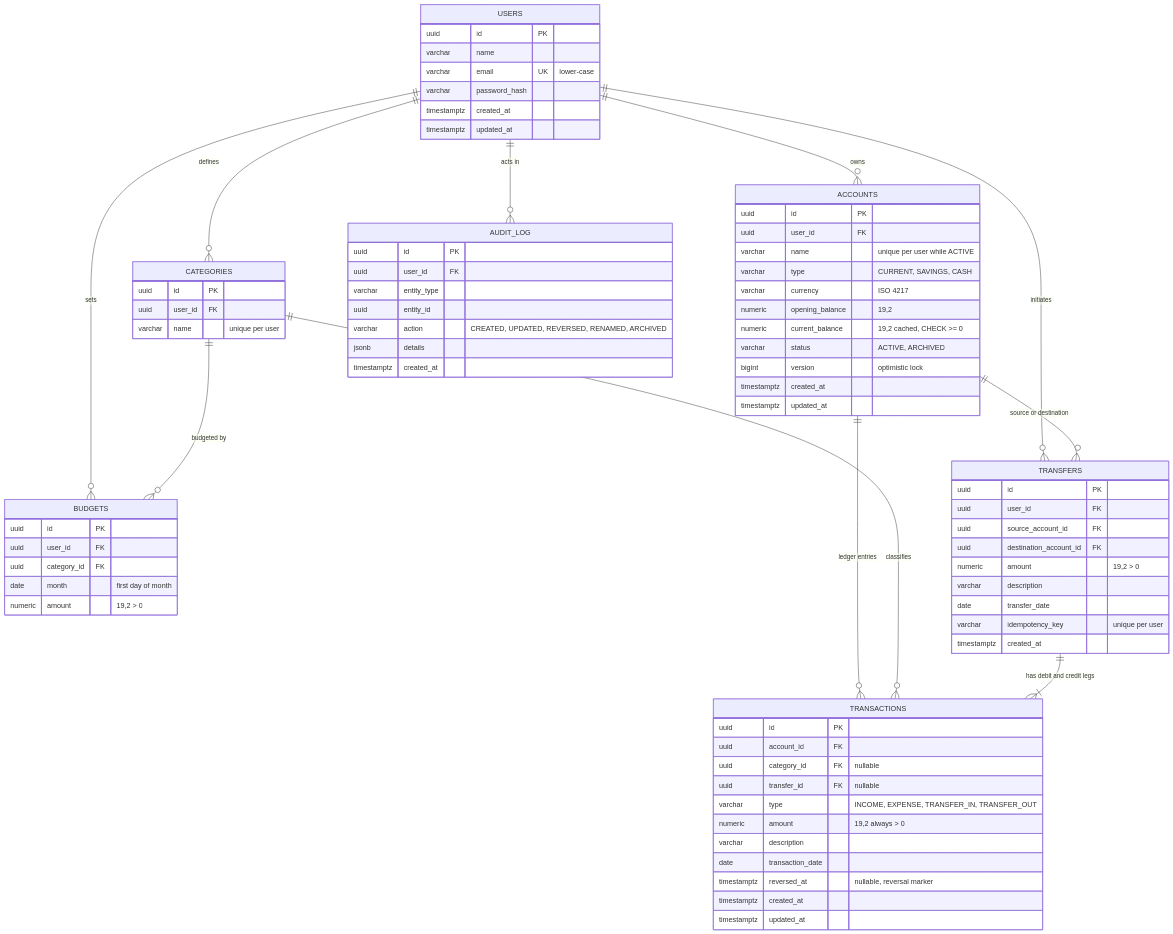
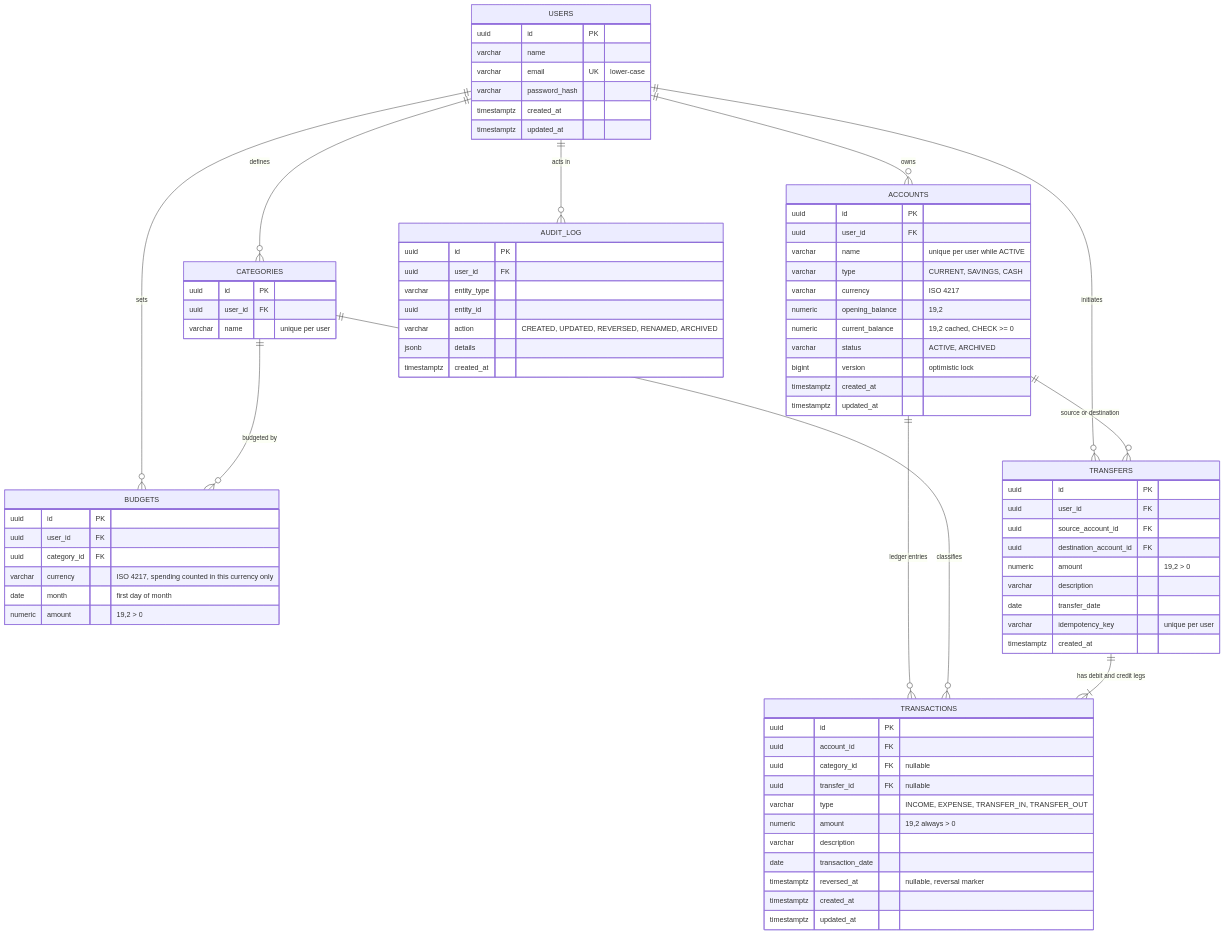
Before and after one commit to TanviC1314/fintrack-personal-finance-system: the diagram in docs/DATABASE_DESIGN.md, drawn with Mermaid. The commit also changed other lines of this file and 15 other files, not shown here.

````diff
--- a/docs/DATABASE_DESIGN.md
+++ b/docs/DATABASE_DESIGN.md
@@ -10,80 +10,81 @@
 ```mermaid
 erDiagram
     USERS ||--o{ ACCOUNTS : owns
     USERS ||--o{ CATEGORIES : defines
     USERS ||--o{ BUDGETS : sets
     USERS ||--o{ TRANSFERS : initiates
     USERS ||--o{ AUDIT_LOG : "acts in"
     ACCOUNTS ||--o{ TRANSACTIONS : "ledger entries"
     CATEGORIES ||--o{ TRANSACTIONS : classifies
     CATEGORIES ||--o{ BUDGETS : "budgeted by"
     TRANSFERS ||--|{ TRANSACTIONS : "has debit and credit legs"
     ACCOUNTS ||--o{ TRANSFERS : "source or destination"
 
     USERS {
         uuid id PK
         varchar name
         varchar email UK "lower-case"
         varchar password_hash
         timestamptz created_at
         timestamptz updated_at
     }
     ACCOUNTS {
         uuid id PK
         uuid user_id FK
         varchar name "unique per user while ACTIVE"
         varchar type "CURRENT, SAVINGS, CASH"
         varchar currency "ISO 4217"
         numeric opening_balance "19,2"
         numeric current_balance "19,2 cached, CHECK >= 0"
         varchar status "ACTIVE, ARCHIVED"
         bigint version "optimistic lock"
         timestamptz created_at
         timestamptz updated_at
     }
     TRANSACTIONS {
         uuid id PK
         uuid account_id FK
         uuid category_id FK "nullable"
         uuid transfer_id FK "nullable"
         varchar type "INCOME, EXPENSE, TRANSFER_IN, TRANSFER_OUT"
         numeric amount "19,2 always > 0"
         varchar description
         date transaction_date
         timestamptz reversed_at "nullable, reversal marker"
         timestamptz created_at
         timestamptz updated_at
     }
     TRANSFERS {
         uuid id PK
         uuid user_id FK
         uuid source_account_id FK
         uuid destination_account_id FK
         numeric amount "19,2 > 0"
         varchar description
         date transfer_date
         varchar idempotency_key "unique per user"
         timestamptz created_at
     }
     CATEGORIES {
         uuid id PK
         uuid user_id FK
         varchar name "unique per user"
     }
     BUDGETS {
         uuid id PK
         uuid user_id FK
         uuid category_id FK
+        varchar currency "ISO 4217, spending counted in this currency only"
         date month "first day of month"
         numeric amount "19,2 > 0"
     }
     AUDIT_LOG {
         uuid id PK
         uuid user_id FK
         varchar entity_type
         uuid entity_id
         varchar action "CREATED, UPDATED, REVERSED, RENAMED, ARCHIVED"
         jsonb details
         timestamptz created_at
     }
 ```
````
